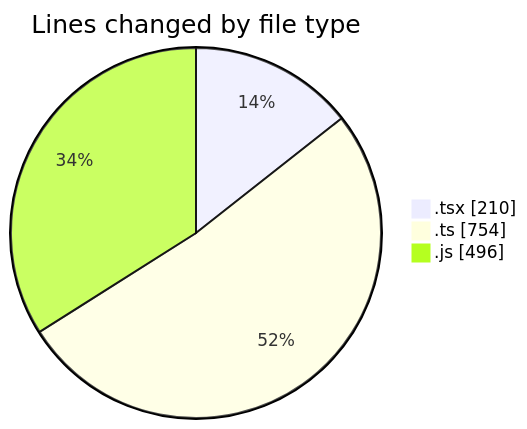
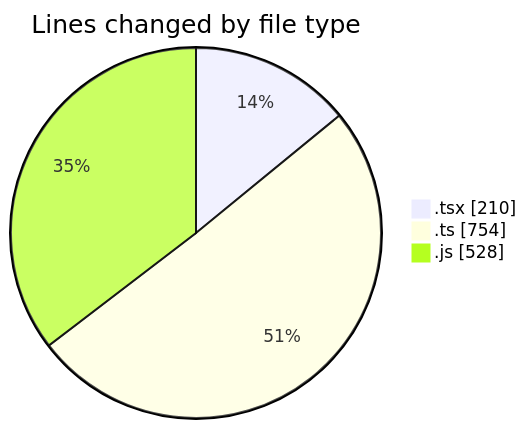
Before and after one commit to momahboobian/code-tracking: the first of 2 diagrams in 2026-06-01/cda/README.md, drawn with Mermaid. The commit also changed other lines of this file and 1 other file, not shown here.

````diff
--- a/2026-06-01/cda/README.md
+++ b/2026-06-01/cda/README.md
@@ -35,7 +36,7 @@
 ```mermaid
 pie showData
 title Lines changed by file type
 ".tsx" : 210
 ".ts" : 754
-".js" : 496
+".js" : 528
 ```
````
